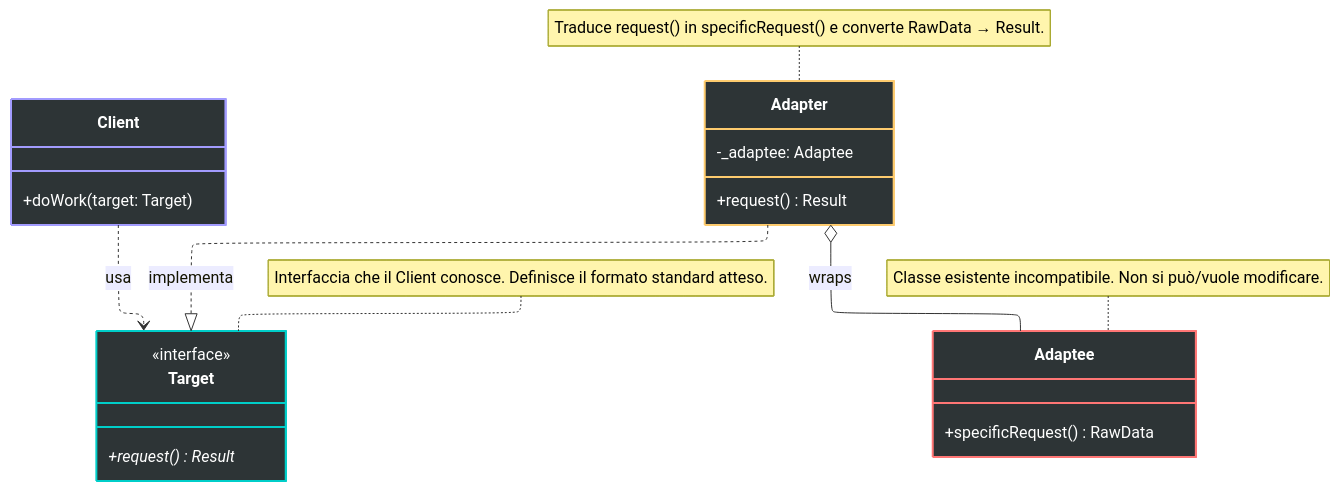
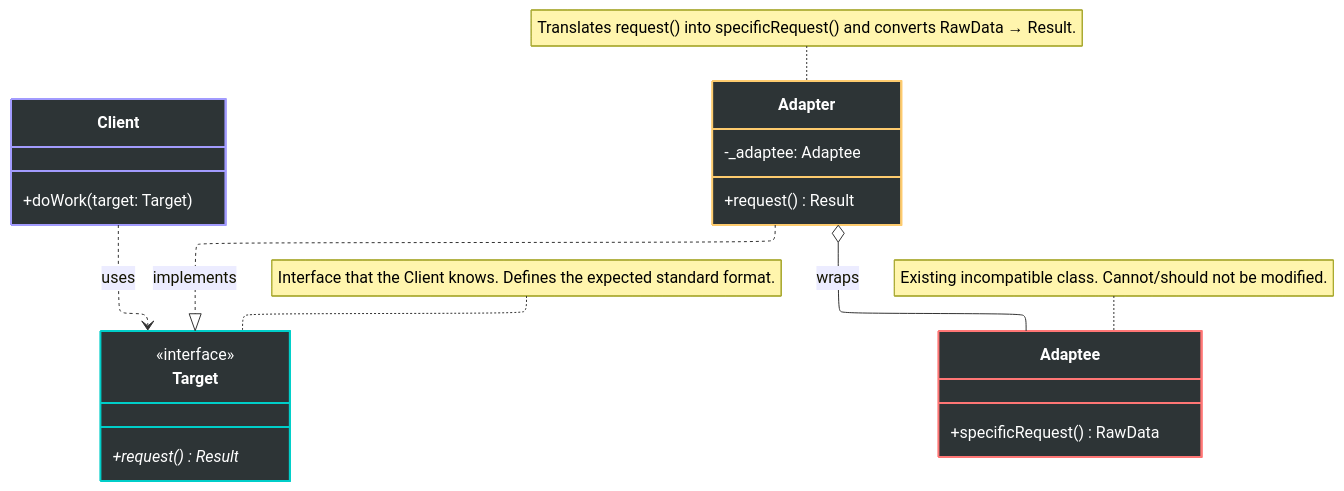
The first of 3 diagrams in 02_structural/adapter/README.md (lucadileo9/design-pattern), drawn with Mermaid before and after one commit. The commit also changed other lines of this file and 43 other files, not shown here.

````diff
--- a/02_structural/adapter/README.md
+++ b/02_structural/adapter/README.md
@@ -33,40 +33,40 @@
 ```mermaid
 %%{init: {'layout': 'elk'}}%%
 
 classDiagram
     direction TB
 
     class Client {
         +doWork(target: Target)
     }
 
     class Target {
         <<interface>>
         +request() Result*
     }
 
     class Adapter {
         -_adaptee: Adaptee
         +request() Result
     }
 
     class Adaptee {
         +specificRequest() RawData
     }
 
-    %% Relazioni
-    Client ..> Target : usa
-    Adapter ..|> Target : implementa
+    %% Relations
+    Client ..> Target : uses
+    Adapter ..|> Target : implements
     Adapter o-- Adaptee : wraps
 
-    %% Note sui ruoli
-    note for Target "Interfaccia che il Client conosce. Definisce il formato standard atteso."
-    note for Adaptee "Classe esistente incompatibile. Non si può/vuole modificare."
-    note for Adapter "Traduce request() in specificRequest() e converte RawData → Result."
+    %% Notes on roles
+    note for Target "Interface that the Client knows. Defines the expected standard format."
+    note for Adaptee "Existing incompatible class. Cannot/should not be modified."
+    note for Adapter "Translates request() into specificRequest() and converts RawData → Result."
 
     %% Styling
     style Target fill:#2d3436,stroke:#00cec9,stroke-width:2px,color:#fff
     style Adapter fill:#2d3436,stroke:#fdcb6e,stroke-width:2px,color:#fff
     style Adaptee fill:#2d3436,stroke:#ff7675,stroke-width:2px,color:#fff
     style Client fill:#2d3436,stroke:#a29bfe,stroke-width:2px,color:#fff
 ```
````
